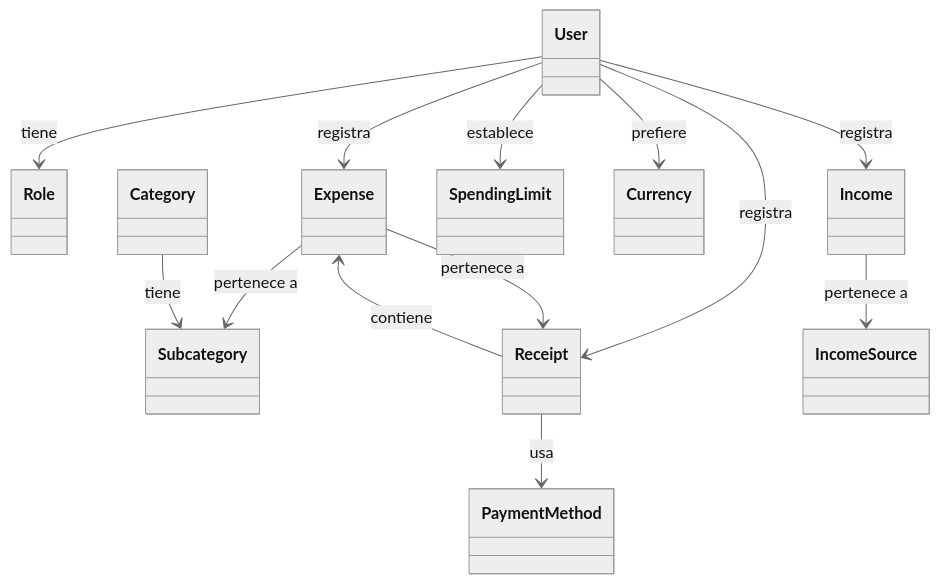
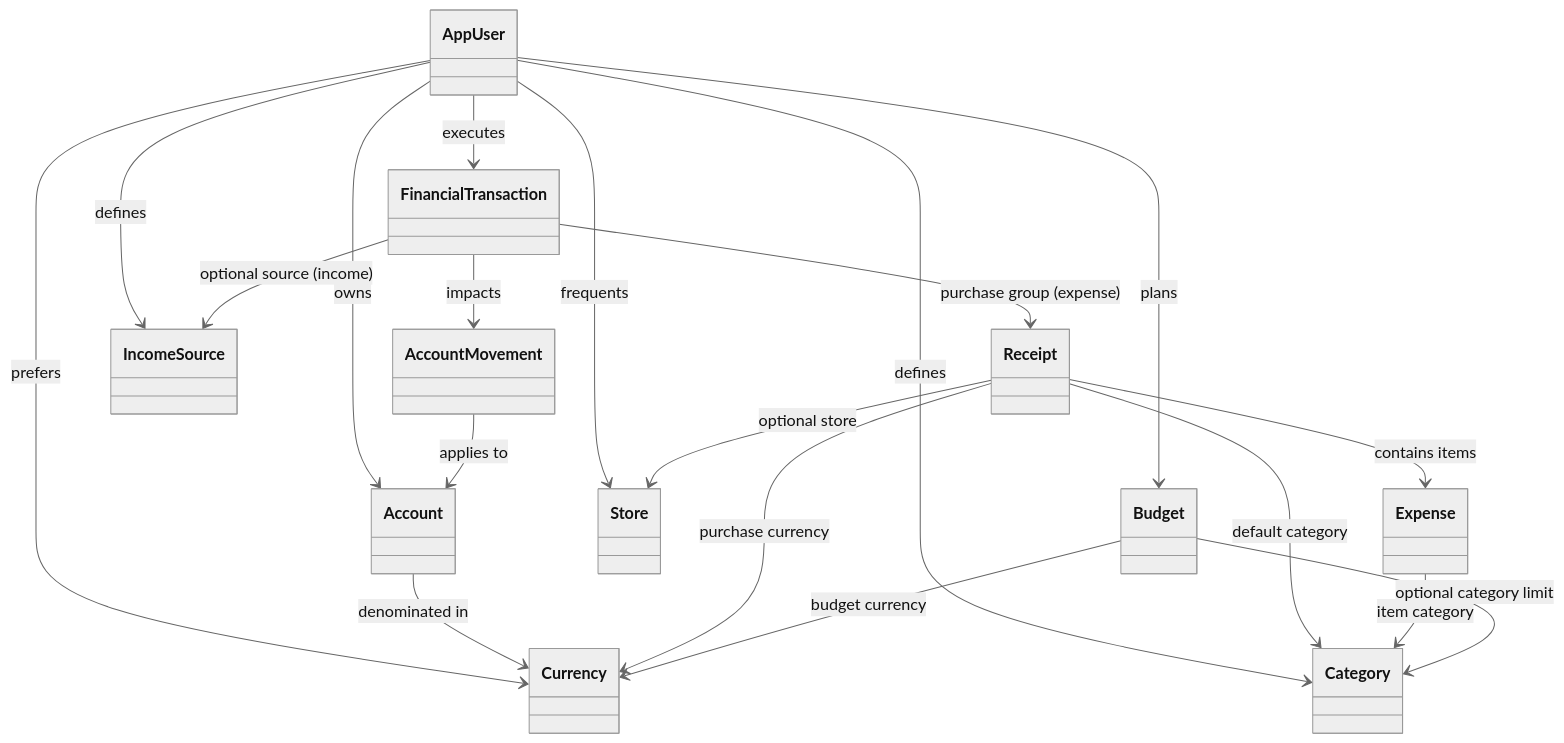
Before and after one commit to NullCorvus/finance-ai: the first of 2 diagrams in docs/SCHEMA.md, drawn with Mermaid (neutral theme). The commit also changed other lines of this file and 33 other files, not shown here.

````diff
--- a/docs/SCHEMA.md
+++ b/docs/SCHEMA.md
@@ -10,27 +18,35 @@
 ```mermaid
 classDiagram
-    class User
-    class Role
+    class AppUser
+    class Currency
+    class Account
+    class FinancialTransaction
+    class AccountMovement
+    class IncomeSource
+    class Receipt
     class Expense
+    class Store
     class Category
-    class Subcategory
-    class Receipt
-    class SpendingLimit
-    class Currency
-    class Income
-    class IncomeSource
-    class PaymentMethod
-    
-    User --> Role : tiene
-    User --> Expense : registra
-    User --> Receipt : registra
-    User --> Income : registra
-    User --> SpendingLimit : establece
-    User --> Currency : prefiere
-    Expense --> Subcategory : pertenece a
-    Category --> Subcategory : tiene
-    Receipt --> Expense : contiene
-    Expense --> Receipt : pertenece a
-    Receipt --> PaymentMethod : usa
-    Income --> IncomeSource : pertenece a
+    class Budget
+
+    AppUser --> Currency : prefers
+    AppUser --> Account : owns
+    AppUser --> Category : defines
+    AppUser --> Store : frequents
+    AppUser --> IncomeSource : defines
+    AppUser --> FinancialTransaction : executes
+    AppUser --> Budget : plans
+
+    Account --> Currency : denominated in
+    FinancialTransaction --> AccountMovement : impacts
+    AccountMovement --> Account : applies to
+    FinancialTransaction --> IncomeSource : optional source (income)
+    FinancialTransaction --> Receipt : purchase group (expense)
+    Receipt --> Store : optional store
+    Receipt --> Category : default category
+    Receipt --> Currency : purchase currency
+    Receipt --> Expense : contains items
+    Expense --> Category : item category
+    Budget --> Category : optional category limit
+    Budget --> Currency : budget currency
 ```
````
